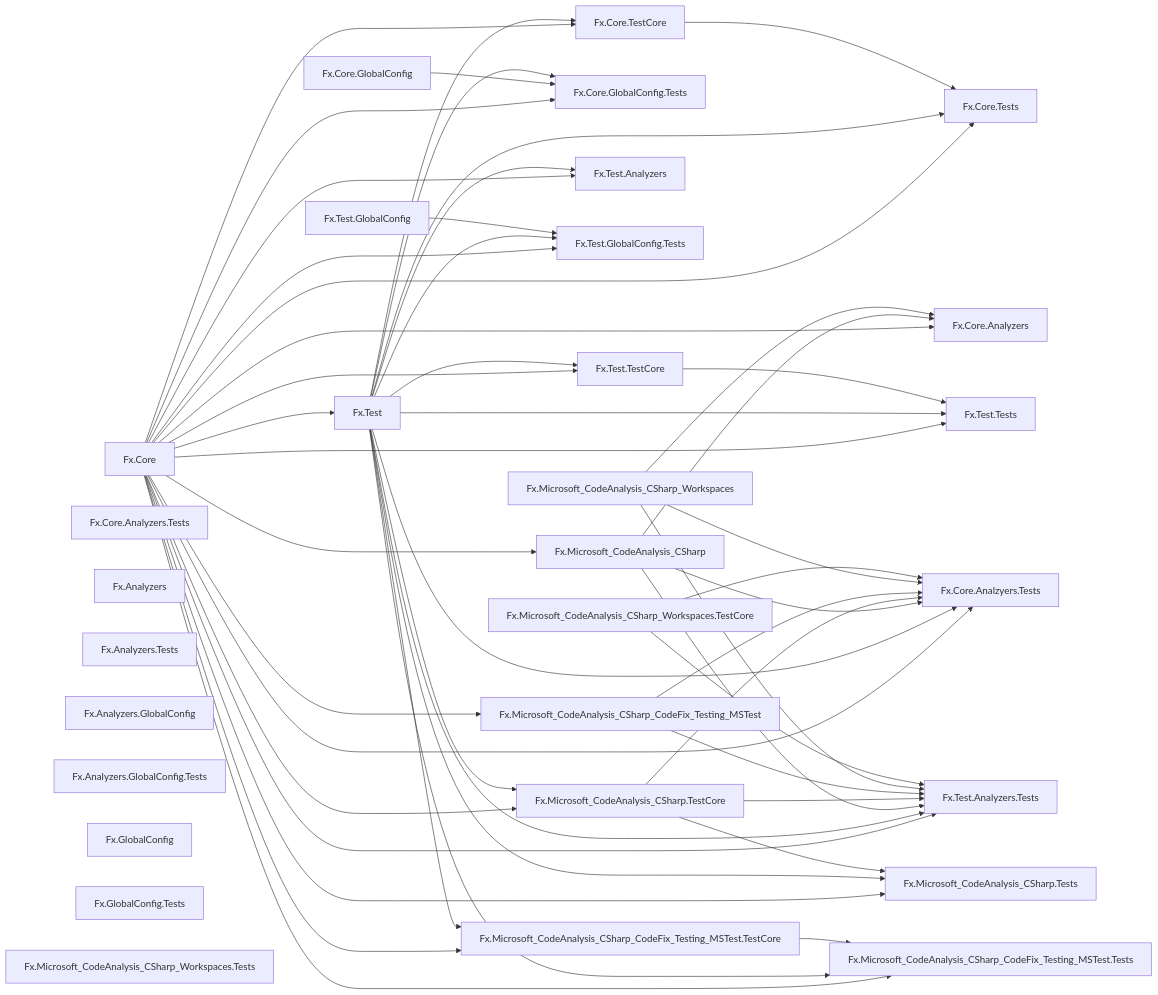
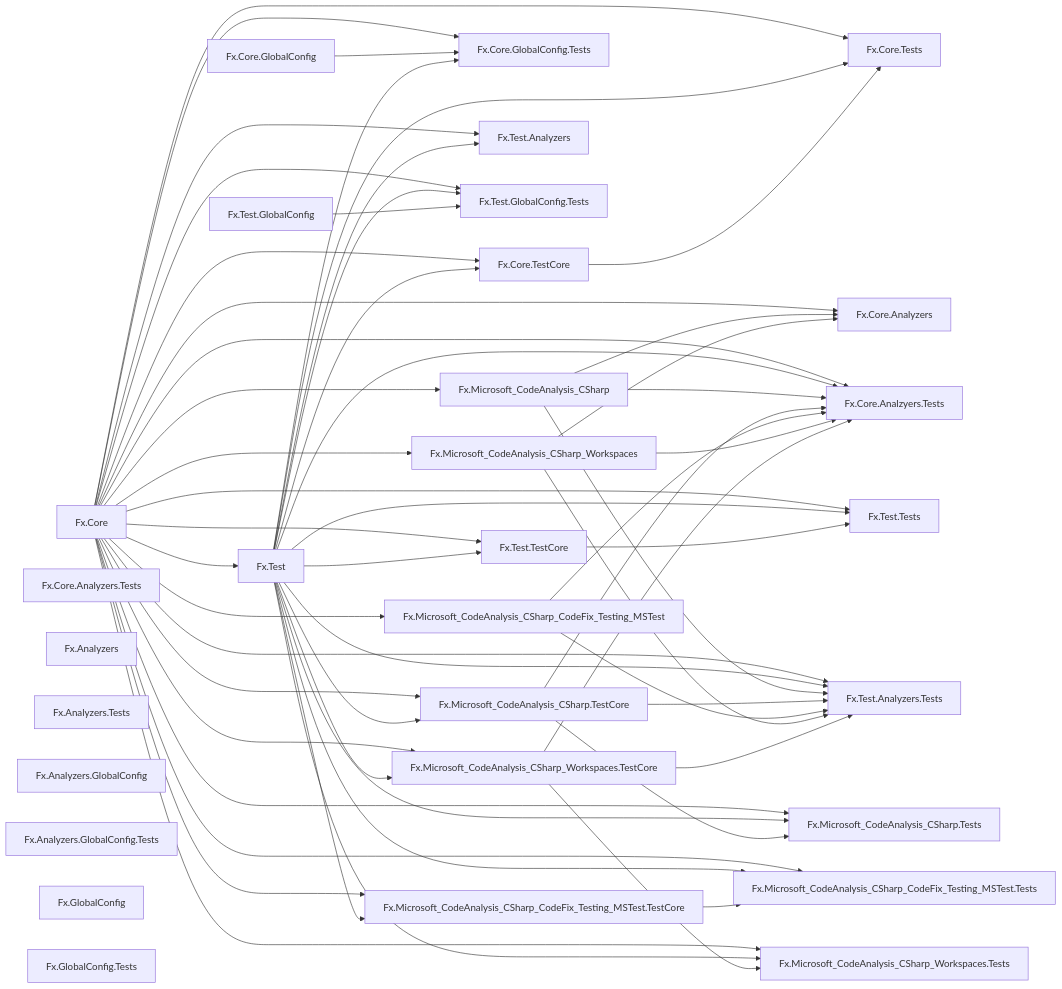
The diagram in graph.md (ravudet/Fx.Core), drawn with Mermaid before and after one commit.

````diff
--- a/graph.md
+++ b/graph.md
@@ -94,4 +94,13 @@
 	Fx.Core --> Fx.Microsoft_CodeAnalysis_CSharp_CodeFix_Testing_MSTest.Tests
 	Fx.Test --> Fx.Microsoft_CodeAnalysis_CSharp_CodeFix_Testing_MSTest.Tests
 	Fx.Microsoft_CodeAnalysis_CSharp_CodeFix_Testing_MSTest.TestCore --> Fx.Microsoft_CodeAnalysis_CSharp_CodeFix_Testing_MSTest.Tests
+
+	Fx.Core --> Fx.Microsoft_CodeAnalysis_CSharp_Workspaces
+
+	Fx.Core --> Fx.Microsoft_CodeAnalysis_CSharp_Workspaces.TestCore
+	Fx.Test --> Fx.Microsoft_CodeAnalysis_CSharp_Workspaces.TestCore
+
+	Fx.Core --> Fx.Microsoft_CodeAnalysis_CSharp_Workspaces.Tests
+	Fx.Test --> Fx.Microsoft_CodeAnalysis_CSharp_Workspaces.Tests
+	Fx.Microsoft_CodeAnalysis_CSharp_Workspaces.TestCore --> Fx.Microsoft_CodeAnalysis_CSharp_Workspaces.Tests
 ```
````
